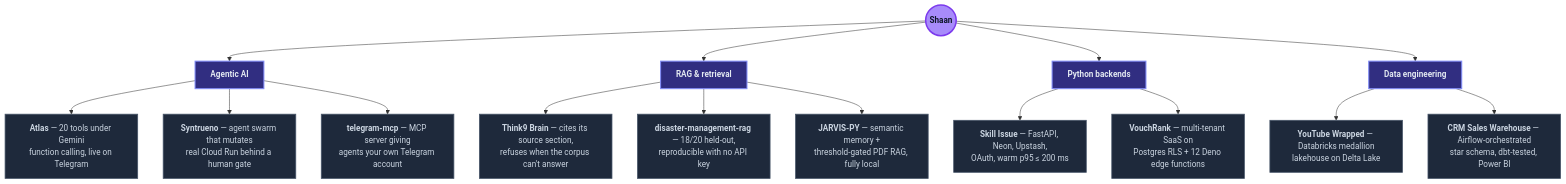
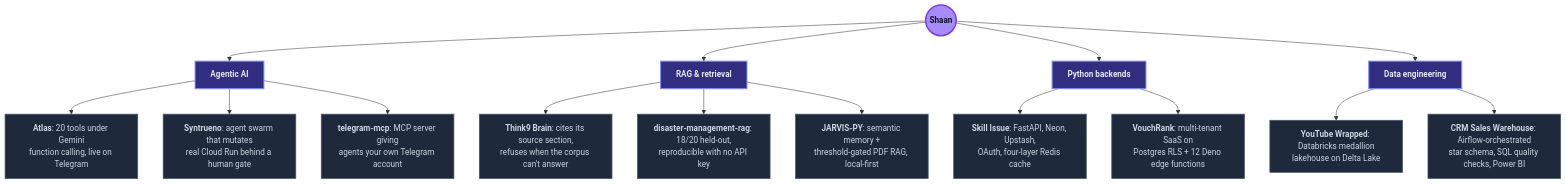
One commit to Shaan-alpha/Shaan-alpha changed the second of 3 diagrams in README.md. Above: the diagram before and after it, drawn with Mermaid. The commit also changed other lines of this file, not shown here.

````diff
--- a/README.md
+++ b/README.md
@@ -87,30 +87,30 @@
 ```mermaid
 flowchart TD
     ME(("<b>Shaan</b>"))
 
     ME --> A["<b>Agentic AI</b>"]
     ME --> B["<b>RAG &amp; retrieval</b>"]
     ME --> C["<b>Python backends</b>"]
     ME --> D["<b>Data engineering</b>"]
 
-    A --> A1["<b>Atlas</b> — 20 tools under Gemini<br/>function calling, live on Telegram"]
-    A --> A2["<b>Syntrueno</b> — agent swarm that mutates<br/>real Cloud Run behind a human gate"]
-    A --> A3["<b>telegram-mcp</b> — MCP server giving<br/>agents your own Telegram account"]
+    A --> A1["<b>Atlas</b>: 20 tools under Gemini<br/>function calling, live on Telegram"]
+    A --> A2["<b>Syntrueno</b>: agent swarm that mutates<br/>real Cloud Run behind a human gate"]
+    A --> A3["<b>telegram-mcp</b>: MCP server giving<br/>agents your own Telegram account"]
 
-    B --> B1["<b>Think9 Brain</b> — cites its source section,<br/>refuses when the corpus can't answer"]
-    B --> B2["<b>disaster-management-rag</b> — 18/20 held-out,<br/>reproducible with no API key"]
-    B --> B3["<b>JARVIS-PY</b> — semantic memory +<br/>threshold-gated PDF RAG, fully local"]
+    B --> B1["<b>Think9 Brain</b>: cites its source section,<br/>refuses when the corpus can't answer"]
+    B --> B2["<b>disaster-management-rag</b>: 18/20 held-out,<br/>reproducible with no API key"]
+    B --> B3["<b>JARVIS-PY</b>: semantic memory +<br/>threshold-gated PDF RAG, local-first"]
 
-    C --> C1["<b>Skill Issue</b> — FastAPI, Neon, Upstash,<br/>OAuth, warm p95 ≤ 200 ms"]
-    C --> C2["<b>VouchRank</b> — multi-tenant SaaS on<br/>Postgres RLS + 12 Deno edge functions"]
+    C --> C1["<b>Skill Issue</b>: FastAPI, Neon, Upstash,<br/>OAuth, four-layer Redis cache"]
+    C --> C2["<b>VouchRank</b>: multi-tenant SaaS on<br/>Postgres RLS + 12 Deno edge functions"]
 
-    D --> D1["<b>YouTube Wrapped</b> — Databricks medallion<br/>lakehouse on Delta Lake"]
-    D --> D2["<b>CRM Sales Warehouse</b> — Airflow-orchestrated<br/>star schema, dbt-tested, Power BI"]
+    D --> D1["<b>YouTube Wrapped</b>: Databricks medallion<br/>lakehouse on Delta Lake"]
+    D --> D2["<b>CRM Sales Warehouse</b>: Airflow-orchestrated<br/>star schema, SQL quality checks, Power BI"]
 
     classDef root fill:#a78bfa,stroke:#7c3aed,stroke-width:3px,color:#0f172a
     classDef pillar fill:#312e81,stroke:#818cf8,stroke-width:2px,color:#e2e8f0
     classDef proof fill:#1e293b,stroke:#475569,stroke-width:1.5px,color:#cbd5e1
     class ME root
     class A,B,C,D pillar
     class A1,A2,A3,B1,B2,B3,C1,C2,D1,D2 proof
 ```
````
